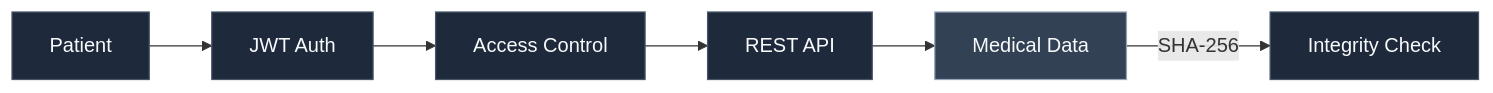
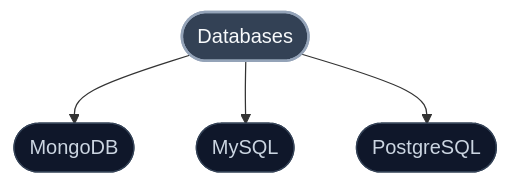
The sixth of 10 diagrams in README.md (Rockyyy2312/Rockyyy2312), drawn with Mermaid before and after one commit. The commit also changed other lines of this file, not shown here.

````diff
--- a/README.md
+++ b/README.md
@@ -166,14 +144,13 @@
 ```mermaid
-flowchart LR
-    A["Patient"] --> B["JWT Auth"]
-    B --> C["Access Control"]
-    C --> D["REST API"]
-    D --> E["Medical Data"]
-    E -->|"SHA-256"| F["Integrity Check"]
-    style A fill:#1e293b,stroke:#475569,color:#f8fafc
-    style B fill:#1e293b,stroke:#475569,color:#f8fafc
-    style C fill:#1e293b,stroke:#475569,color:#f8fafc
-    style D fill:#1e293b,stroke:#475569,color:#f8fafc
-    style E fill:#334155,stroke:#94a3b8,color:#f8fafc
-    style F fill:#1e293b,stroke:#475569,color:#f8fafc
+graph TD
+    R(["Databases"])
+    R --> N0(["MongoDB"])
+    R --> N1(["MySQL"])
+    R --> N2(["PostgreSQL"])
+    class R root
+    class N0,N1,N2 leaf
+    classDef root fill:#334155,stroke:#94a3b8,color:#f8fafc,stroke-width:2px
+    classDef l1 fill:#1e293b,stroke:#64748b,color:#f8fafc
+    classDef l2 fill:#0f172a,stroke:#475569,color:#e2e8f0
+    classDef leaf fill:#0f172a,stroke:#334155,color:#cbd5e1
 ```
````
